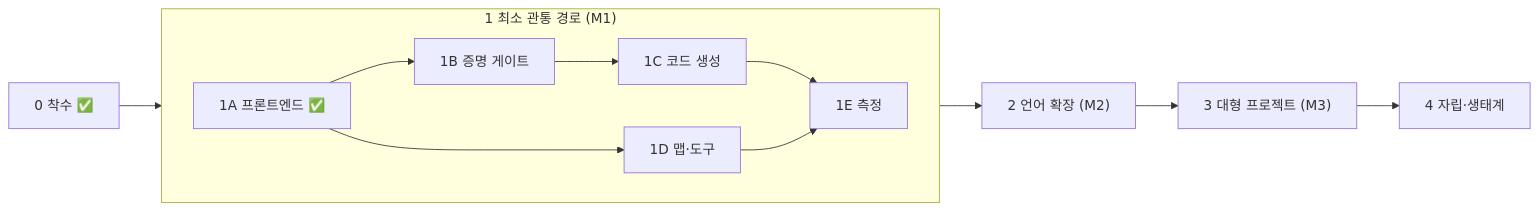
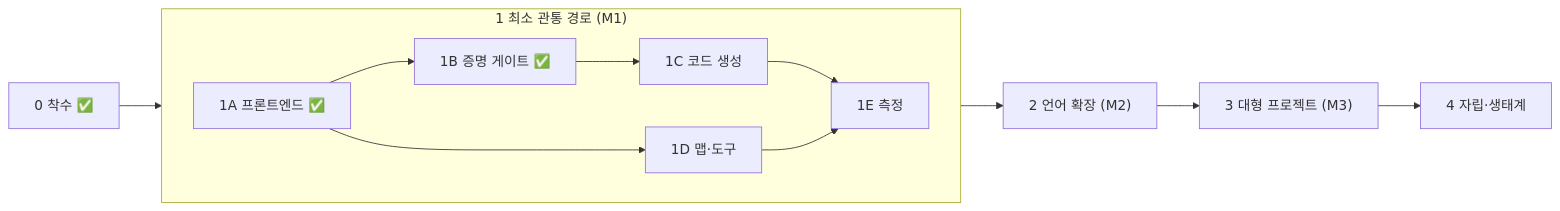
One commit to lang-bmb/lang-bmb changed the diagram in docs/ROADMAP.md. Above: the diagram before and after it, drawn with Mermaid. The commit also changed other lines of this file and 29 other files, not shown here.

````diff
--- a/docs/ROADMAP.md
+++ b/docs/ROADMAP.md
@@ -15,12 +15,12 @@
 ```mermaid
 flowchart LR
     P0["0 착수 ✅"] --> P1
     subgraph P1["1 최소 관통 경로 (M1)"]
         direction LR
-        A["1A 프론트엔드 ✅"] --> B["1B 증명 게이트"] --> C["1C 코드 생성"]
+        A["1A 프론트엔드 ✅"] --> B["1B 증명 게이트 ✅"] --> C["1C 코드 생성"]
         A --> D["1D 맵·도구"]
         C --> E["1E 측정"]
         D --> E
     end
     P1 --> P2["2 언어 확장 (M2)"] --> P3["3 대형 프로젝트 (M3)"] --> P4["4 자립·생태계"]
 ```
````
